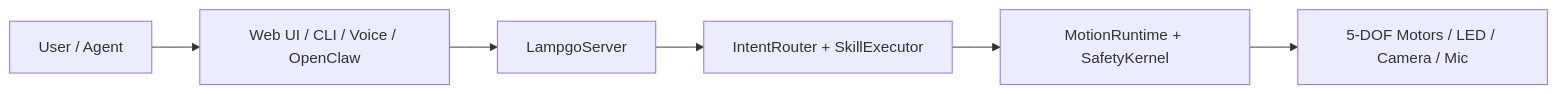
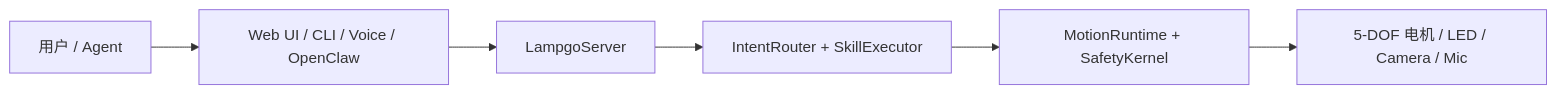
The diagram in README.md (ninsmiracle/YareLampGo), drawn with Mermaid before and after one commit. The commit also changed other lines of this file and 11 other files, not shown here.

````diff
--- a/README.md
+++ b/README.md
@@ -120,8 +163,8 @@
 ```mermaid
 flowchart LR
-  user["User / Agent"] --> entry["Web UI / CLI / Voice / OpenClaw"]
+  user["用户 / Agent"] --> entry["Web UI / CLI / Voice / OpenClaw"]
   entry --> server["LampgoServer"]
   server --> skills["IntentRouter + SkillExecutor"]
   skills --> safety["MotionRuntime + SafetyKernel"]
-  safety --> hardware["5-DOF Motors / LED / Camera / Mic"]
+  safety --> hardware["5-DOF 电机 / LED / Camera / Mic"]
 ```
````
